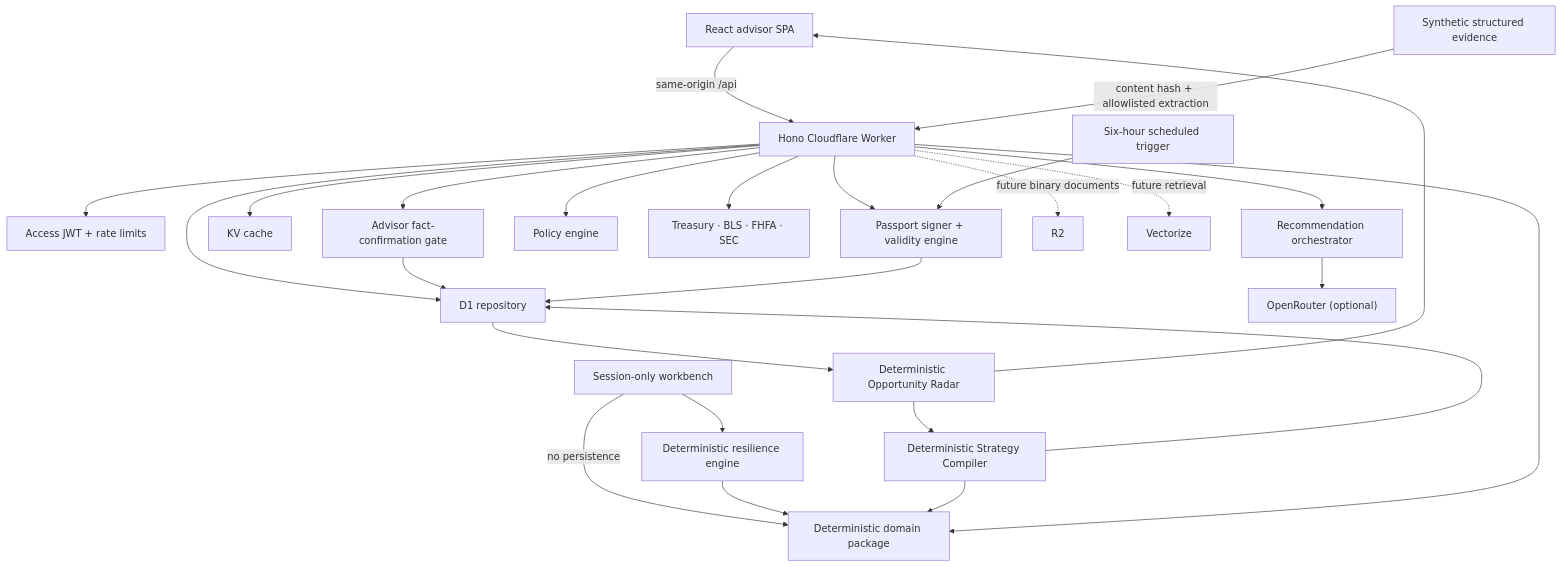
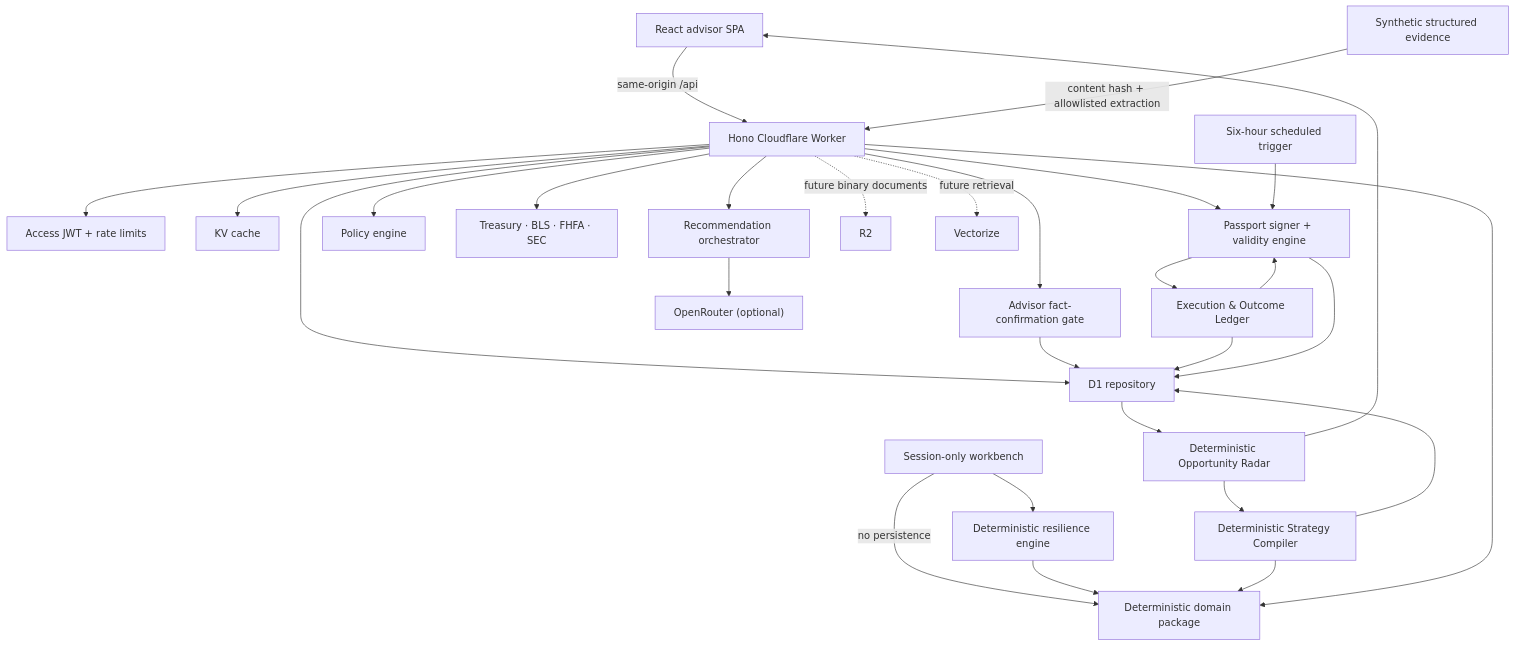
One commit to AjayKasu1/financial-independence-digital-twin changed the diagram in docs/architecture.md. Above: the diagram before and after it, drawn with Mermaid. The commit also changed other lines of this file and 16 other files, not shown here.

Commit message:
Build execution and outcome ledger

````diff
--- a/docs/architecture.md
+++ b/docs/architecture.md
@@ -5,28 +5,31 @@
 ```mermaid
 flowchart TB
   Browser["React advisor SPA"] -->|"same-origin /api"| Worker["Hono Cloudflare Worker"]
   Workbench["Session-only workbench"] -->|"no persistence"| Domain
   Workbench --> Resilience["Deterministic resilience engine"]
   Resilience --> Domain
   Worker --> Auth["Access JWT + rate limits"]
   Worker --> D1["D1 repository"]
   Evidence["Synthetic structured evidence"] -->|"content hash + allowlisted extraction"| Worker
   Worker --> Confirm["Advisor fact-confirmation gate"]
   Confirm --> D1
   D1 --> Radar["Deterministic Opportunity Radar"]
   Radar --> Browser
   Radar --> Compiler["Deterministic Strategy Compiler"]
   Compiler --> Domain
   Compiler --> D1
   Worker --> KV["KV cache"]
   Worker --> Domain["Deterministic domain package"]
   Worker --> AI["Recommendation orchestrator"]
   AI --> OR["OpenRouter (optional)"]
   Worker --> Policy["Policy engine"]
   Worker --> Public["Treasury · BLS · FHFA · SEC"]
   Worker --> Passport["Passport signer + validity engine"]
+  Passport --> Execution["Execution & Outcome Ledger"]
+  Execution --> D1
+  Execution --> Passport
   Cron["Six-hour scheduled trigger"] --> Passport
   Passport --> D1
   Worker -. future binary documents .-> R2["R2"]
   Worker -. future retrieval .-> Vectorize["Vectorize"]
 ```
````
